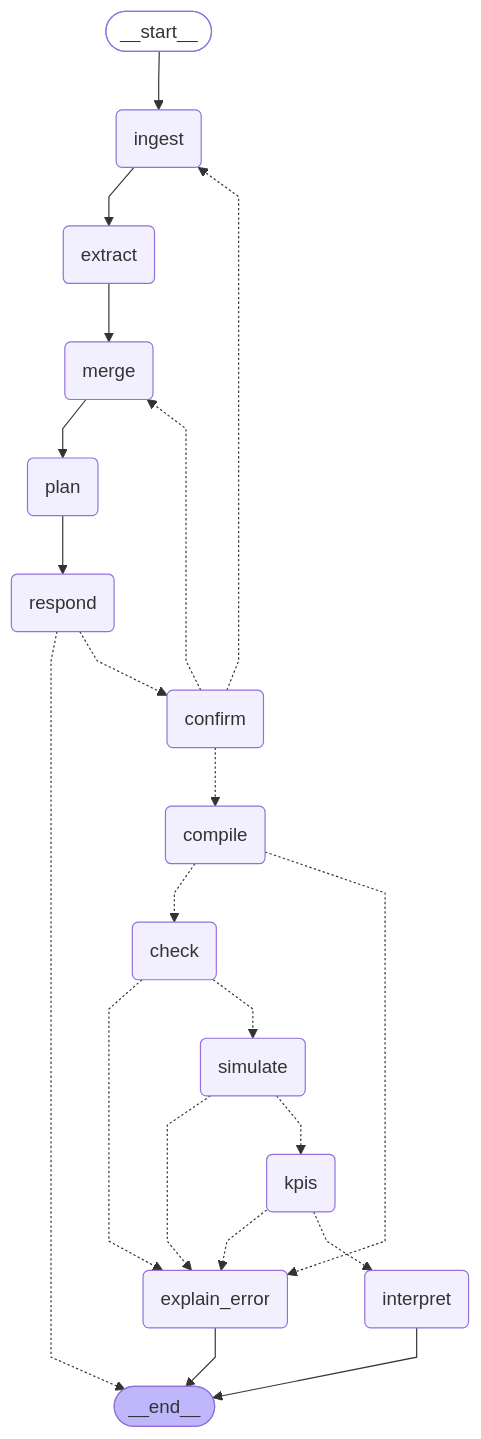
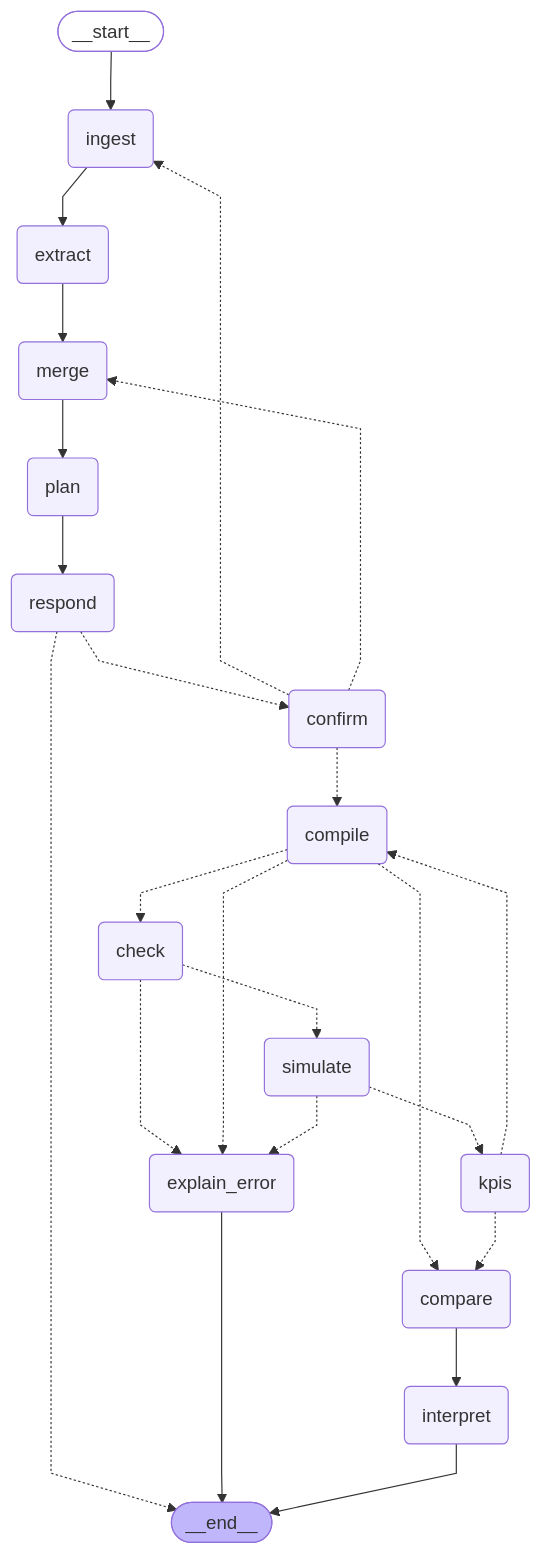
Before and after one commit to andoludo/llmtrano: the diagram in docs/workflow.md, drawn with Mermaid. The commit also changed other lines of this file and 11 other files, not shown here.

````diff
--- a/docs/workflow.md
+++ b/docs/workflow.md
@@ -7,45 +7,48 @@
 ```mermaid
 ---
 config:
   flowchart:
     curve: linear
 ---
 graph TD;
 	__start__([<p>__start__</p>]):::first
 	ingest(ingest)
 	extract(extract)
 	merge(merge)
 	plan(plan)
 	respond(respond)
 	confirm(confirm)
 	compile(compile)
 	check(check)
 	simulate(simulate)
 	kpis(kpis)
+	compare(compare)
 	interpret(interpret)
 	explain_error(explain_error)
 	__end__([<p>__end__</p>]):::last
 	__start__ --> ingest;
 	check -.-> explain_error;
 	check -.-> simulate;
+	compare --> interpret;
 	compile -.-> check;
+	compile -.-> compare;
 	compile -.-> explain_error;
 	confirm -.-> compile;
 	confirm -.-> ingest;
 	confirm -.-> merge;
 	extract --> merge;
 	ingest --> extract;
-	kpis -.-> explain_error;
-	kpis -.-> interpret;
+	kpis -.-> compare;
+	kpis -.-> compile;
 	merge --> plan;
 	plan --> respond;
 	respond -.-> __end__;
 	respond -.-> confirm;
 	simulate -.-> explain_error;
 	simulate -.-> kpis;
 	explain_error --> __end__;
 	interpret --> __end__;
 	classDef default fill:#f2f0ff,line-height:1.2
 	classDef first fill-opacity:0
 	classDef last fill:#bfb6fc
 ```
````
